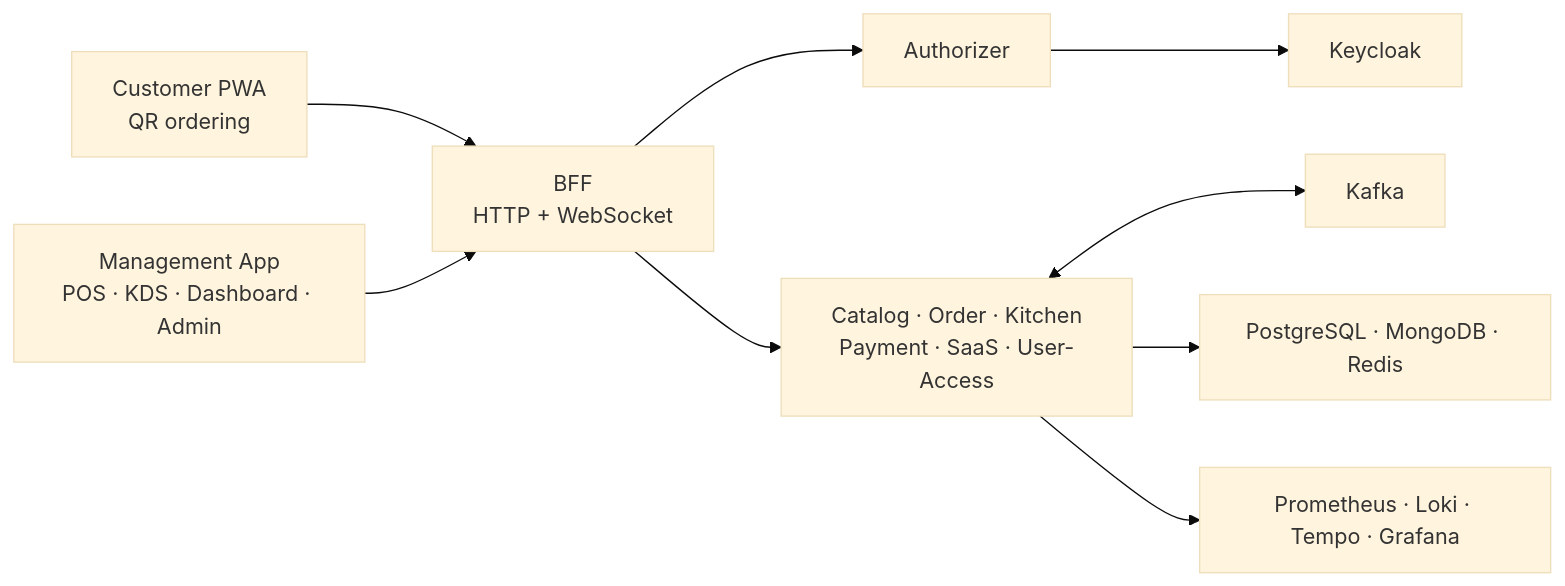
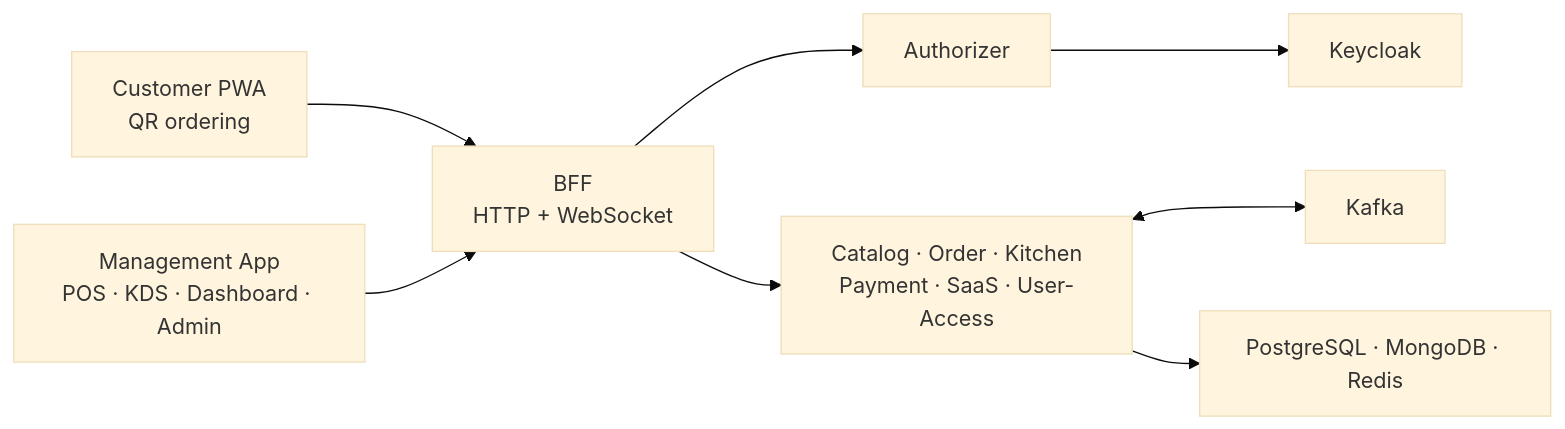
Before and after one commit to quan-vo-dinh/saas-pos-microservices-qrtable: the diagram in README.md, drawn with Mermaid (base theme). The commit also changed other lines of this file and 74 other files, not shown here.

````diff
--- a/README.md
+++ b/README.md
@@ -44,11 +44,10 @@
 ```mermaid
 flowchart LR
   PWA["Customer PWA<br/>QR ordering"] --> BFF["BFF<br/>HTTP + WebSocket"]
   APP["Management App<br/>POS · KDS · Dashboard · Admin"] --> BFF
   BFF --> AUTH["Authorizer"]
   BFF --> SERVICES["Catalog · Order · Kitchen<br/>Payment · SaaS · User-Access"]
   AUTH --> KC["Keycloak"]
   SERVICES <--> KAFKA["Kafka"]
   SERVICES --> DATA["PostgreSQL · MongoDB · Redis"]
-  SERVICES --> OBS["Prometheus · Loki · Tempo · Grafana"]
 ```
````
